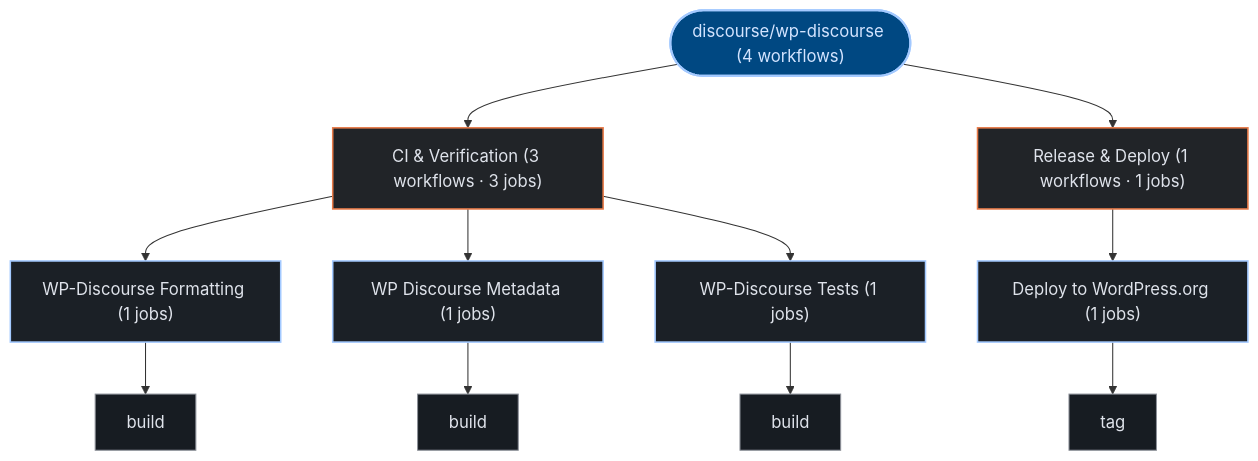
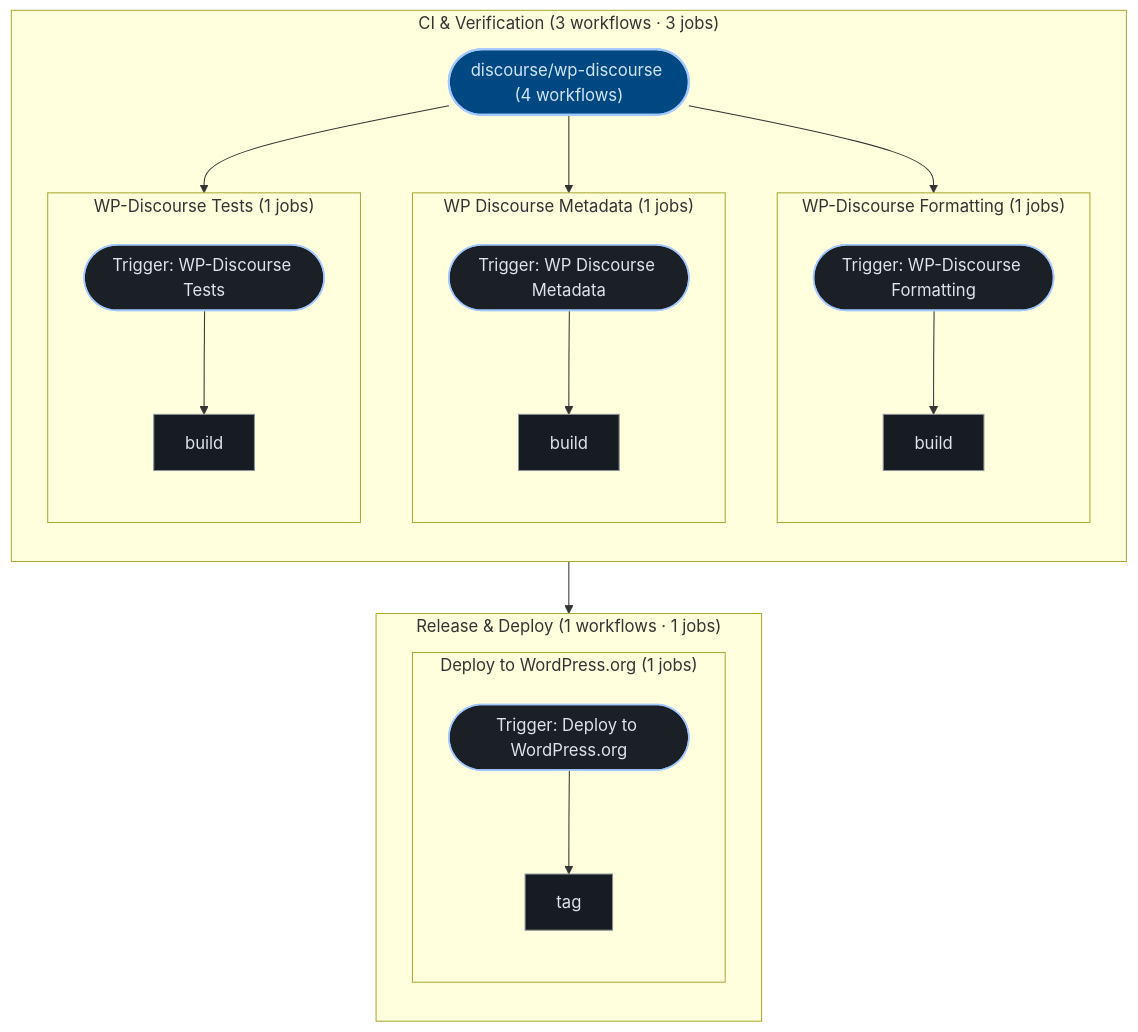
Before and after one commit to kumarshaz/atruss-code-atlas: the second of 2 diagrams in exports/latest/reports/discourse-wp-discourse-report.md, drawn with Mermaid. The commit also changed 181 other files, not shown here.

````diff
--- a/exports/latest/reports/discourse-wp-discourse-report.md
+++ b/exports/latest/reports/discourse-wp-discourse-report.md
@@ -218,31 +218,45 @@
 ```mermaid
 graph TD;
   classDef atlasRoot fill:#004882,stroke:#a3c9ff,stroke-width:2px,color:#d3e4ff
   classDef atlasCategory fill:#212428,stroke:#E87A48,stroke-width:1.5px,color:#dfe3eb
   classDef atlasWorkflow fill:#1b2026,stroke:#a3c9ff,stroke-width:1.5px,color:#dfe3eb
   classDef atlasJob fill:#171c22,stroke:#8d9199,stroke-width:1px,color:#dfe3eb
   classDef atlasTarget fill:#005227,stroke:#8bd99b,stroke-width:1.5px,color:#a7f6b6
   classDef atlasAlert fill:#93000a,stroke:#ffb4ab,stroke-width:1.5px,color:#ffdad6
   classDef atlasMore fill:#252a31,stroke:#8d9199,stroke-dasharray:4 4,color:#c3c6cf
   pipeline_root(["discourse/wp-discourse (4 workflows)"]):::atlasRoot
-  grp_0_CI___Verification["CI & Verification (3 workflows · 3 jobs)"]:::atlasCategory
-  pipeline_root --> grp_0_CI___Verification
-  wf_1_WP_Discourse_Formatting["WP-Discourse Formatting (1 jobs)"]:::atlasWorkflow
-  grp_0_CI___Verification --> wf_1_WP_Discourse_Formatting
-  job_1_build["build"]:::atlasJob
-  wf_1_WP_Discourse_Formatting --> job_1_build
-  wf_2_WP_Discourse_Metadata["WP Discourse Metadata (1 jobs)"]:::atlasWorkflow
-  grp_0_CI___Verification --> wf_2_WP_Discourse_Metadata
-  job_2_build["build"]:::atlasJob
-  wf_2_WP_Discourse_Metadata --> job_2_build
-  wf_3_WP_Discourse_Tests["WP-Discourse Tests (1 jobs)"]:::atlasWorkflow
-  grp_0_CI___Verification --> wf_3_WP_Discourse_Tests
-  job_3_build["build"]:::atlasJob
-  wf_3_WP_Discourse_Tests --> job_3_build
-  grp_1_Release___Deploy["Release & Deploy (1 workflows · 1 jobs)"]:::atlasCategory
-  pipeline_root --> grp_1_Release___Deploy
-  wf_0_Deploy_to_WordPress_org["Deploy to WordPress.org (1 jobs)"]:::atlasWorkflow
-  grp_1_Release___Deploy --> wf_0_Deploy_to_WordPress_org
-  job_0_tag["tag"]:::atlasJob
-  wf_0_Deploy_to_WordPress_org --> job_0_tag
+  subgraph sg_grp_0_CI___Verification["CI & Verification (3 workflows · 3 jobs)"]
+    direction TB
+    subgraph sg_wf_1_WP_Discourse_Formatting["WP-Discourse Formatting (1 jobs)"]
+      direction TB
+      wf_1_WP_Discourse_Formatting(["Trigger: WP-Discourse Formatting"]):::atlasWorkflow
+      job_1_build["build"]:::atlasJob
+      wf_1_WP_Discourse_Formatting --> job_1_build
+    end
+    pipeline_root --> wf_1_WP_Discourse_Formatting
+    subgraph sg_wf_2_WP_Discourse_Metadata["WP Discourse Metadata (1 jobs)"]
+      direction TB
+      wf_2_WP_Discourse_Metadata(["Trigger: WP Discourse Metadata"]):::atlasWorkflow
+      job_2_build["build"]:::atlasJob
+      wf_2_WP_Discourse_Metadata --> job_2_build
+    end
+    pipeline_root --> wf_2_WP_Discourse_Metadata
+    subgraph sg_wf_3_WP_Discourse_Tests["WP-Discourse Tests (1 jobs)"]
+      direction TB
+      wf_3_WP_Discourse_Tests(["Trigger: WP-Discourse Tests"]):::atlasWorkflow
+      job_3_build["build"]:::atlasJob
+      wf_3_WP_Discourse_Tests --> job_3_build
+    end
+    pipeline_root --> wf_3_WP_Discourse_Tests
+  end
+  subgraph sg_grp_1_Release___Deploy["Release & Deploy (1 workflows · 1 jobs)"]
+    direction TB
+    subgraph sg_wf_0_Deploy_to_WordPress_org["Deploy to WordPress.org (1 jobs)"]
+      direction TB
+      wf_0_Deploy_to_WordPress_org(["Trigger: Deploy to WordPress.org"]):::atlasWorkflow
+      job_0_tag["tag"]:::atlasJob
+      wf_0_Deploy_to_WordPress_org --> job_0_tag
+    end
+    pipeline_root --> wf_0_Deploy_to_WordPress_org
+  end
 ```
````
